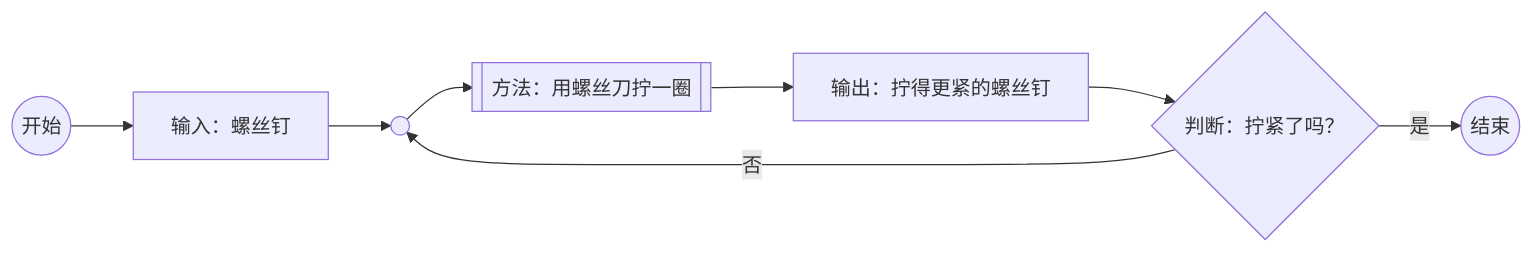
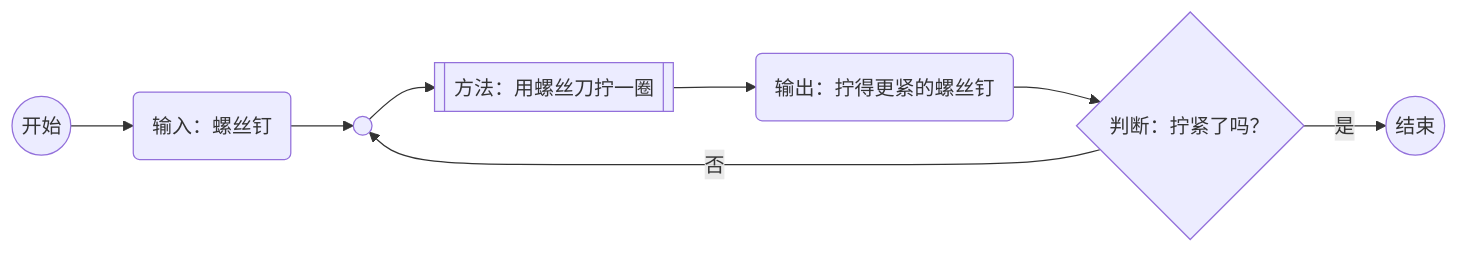
One commit to Dreamwalkor/little-book-of-ai changed the second of 3 diagrams in 05.md. Above: the diagram before and after it, drawn with Mermaid. The commit also changed other lines of this file and 2 other files, not shown here.

Commit message:
fixing typo.

````diff
--- a/05.md
+++ b/05.md
@@ -179,8 +179,8 @@
 ```mermaid
 flowchart LR
-    A((开始)) --> B[输入：螺丝钉] --> O((\n)) --> C[[方法：用螺丝刀拧一圈]]
-    C --> D[输出：拧得更紧的螺丝钉]
+    A((开始)) --> B(输入：螺丝钉) --> O(( )) --> C[[方法：用螺丝刀拧一圈]]
+    C --> D(输出：拧得更紧的螺丝钉)
     D --> E{判断：拧紧了吗？}
     E -->|是| F((结束))
     E -->|否| O
 ```
````
